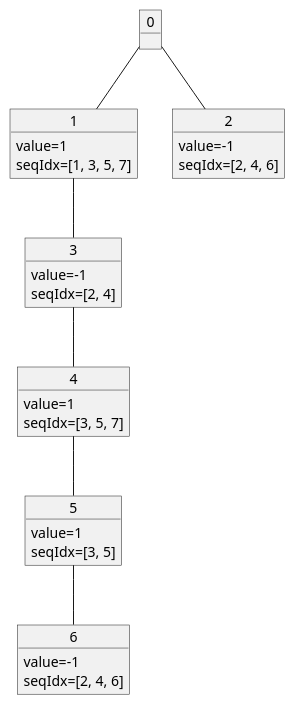
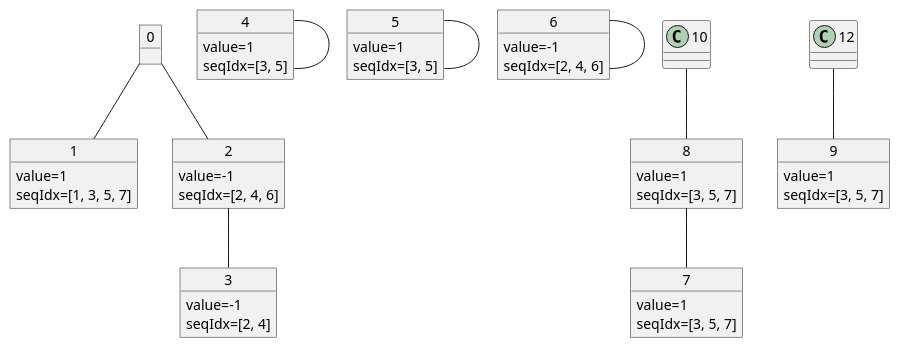
One commit to ttekesuke/MelodyToLOUDS-Trie changed the diagram in tree.puml. Above: the diagram before and after it, drawn with PlantUML. The commit also changed 1 other file, not shown here.

```diff
--- a/tree.puml
+++ b/tree.puml
@@ -2,27 +2,39 @@
 @startuml tree_diagram
 object 0
 object 1
 1 : value=1
 1 : seqIdx=[1, 3, 5, 7]
 object 2
 2 : value=-1
 2 : seqIdx=[2, 4, 6]
 object 3
 3 : value=-1
 3 : seqIdx=[2, 4]
 object 4
 4 : value=1
-4 : seqIdx=[3, 5, 7]
+4 : seqIdx=[3, 5]
 object 5
 5 : value=1
 5 : seqIdx=[3, 5]
 object 6
 6 : value=-1
 6 : seqIdx=[2, 4, 6]
+object 7
+7 : value=1
+7 : seqIdx=[3, 5, 7]
+object 8
+8 : value=1
+8 : seqIdx=[3, 5, 7]
+object 9
+9 : value=1
+9 : seqIdx=[3, 5, 7]
 0--1
 0--2
-1--3
-3--4
-4--5
-5--6
+2--3
+4--4
+5--5
+6--6
+8--7
+10--8
+12--9
 @enduml
```
